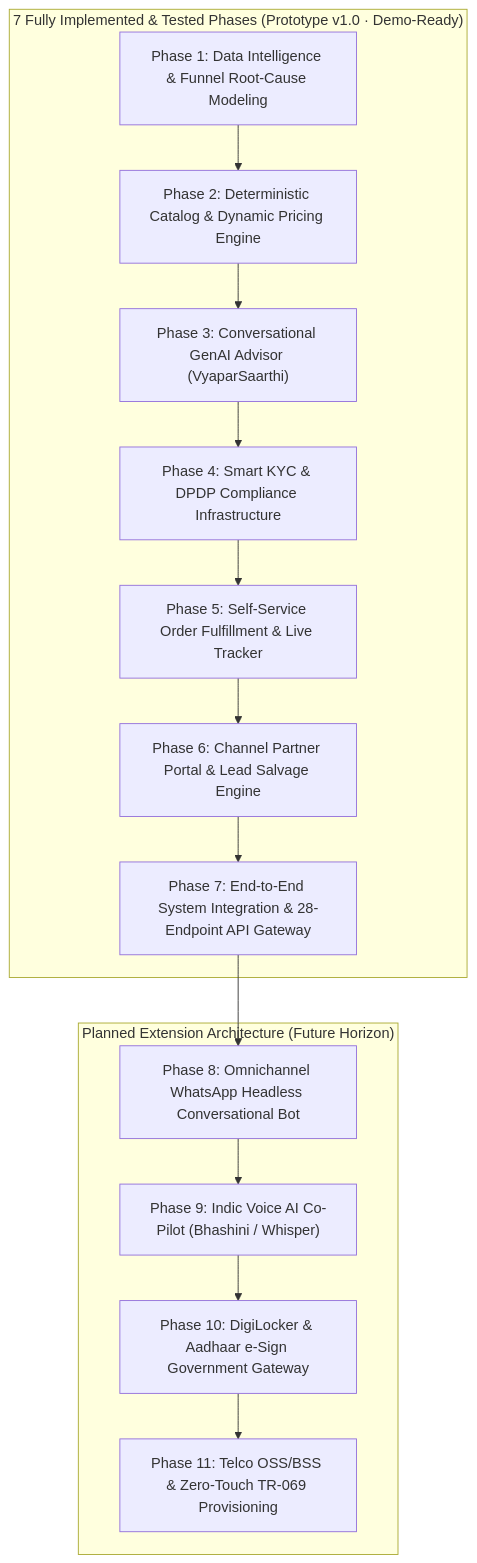
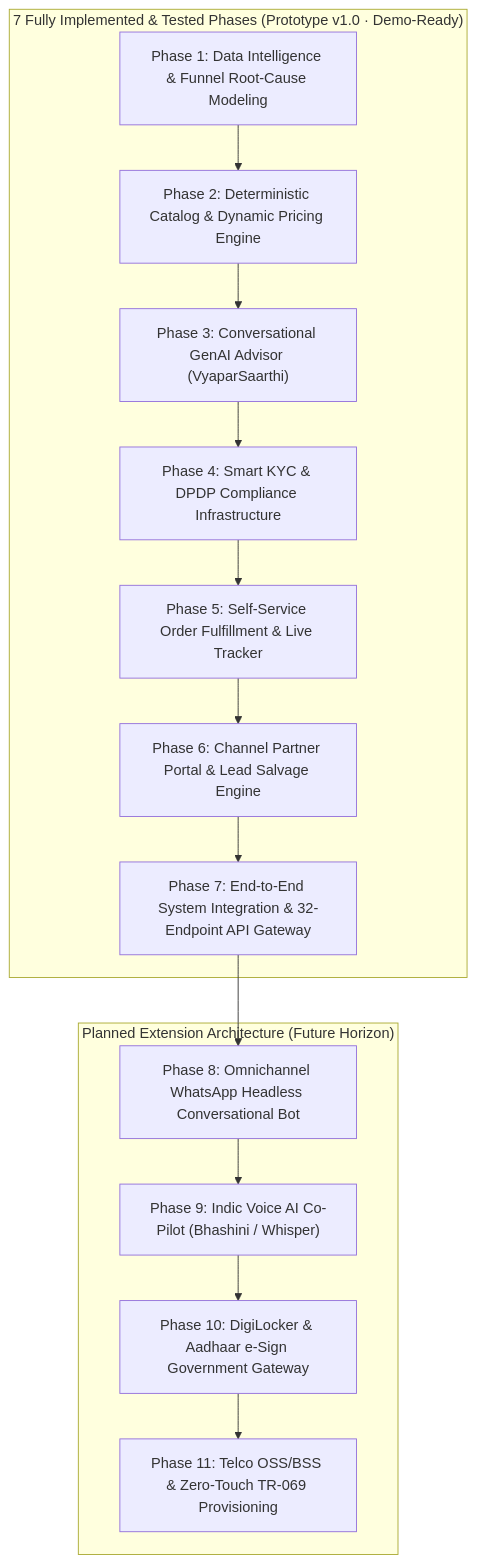
One commit to abhishekKokadwar/vyaparsetu changed the diagram in ROADMAP.md. Above: the diagram before and after it, drawn with Mermaid. The commit also changed 2 other files, not shown here.

Commit message:
docs(roadmap): update diagram to 32 endpoints; test(smoke): enhance pytest smoke suite

````diff
--- a/ROADMAP.md
+++ b/ROADMAP.md
@@ -13,18 +13,18 @@
 ```mermaid
 flowchart TD
     subgraph Core ["7 Fully Implemented & Tested Phases (Prototype v1.0 · Demo-Ready)"]
         P1["Phase 1: Data Intelligence & Funnel Root-Cause Modeling"] --> P2["Phase 2: Deterministic Catalog & Dynamic Pricing Engine"]
         P2 --> P3["Phase 3: Conversational GenAI Advisor (VyaparSaarthi)"]
         P3 --> P4["Phase 4: Smart KYC & DPDP Compliance Infrastructure"]
         P4 --> P5["Phase 5: Self-Service Order Fulfillment & Live Tracker"]
         P5 --> P6["Phase 6: Channel Partner Portal & Lead Salvage Engine"]
-        P6 --> P7["Phase 7: End-to-End System Integration & 28-Endpoint API Gateway"]
+        P6 --> P7["Phase 7: End-to-End System Integration & 32-Endpoint API Gateway"]
     end
 
     subgraph Extended ["Planned Extension Architecture (Future Horizon)"]
         P7 --> P8["Phase 8: Omnichannel WhatsApp Headless Conversational Bot"]
         P8 --> P9["Phase 9: Indic Voice AI Co-Pilot (Bhashini / Whisper)"]
         P9 --> P10["Phase 10: DigiLocker & Aadhaar e-Sign Government Gateway"]
         P10 --> P11["Phase 11: Telco OSS/BSS & Zero-Touch TR-069 Provisioning"]
     end
 ```
````
